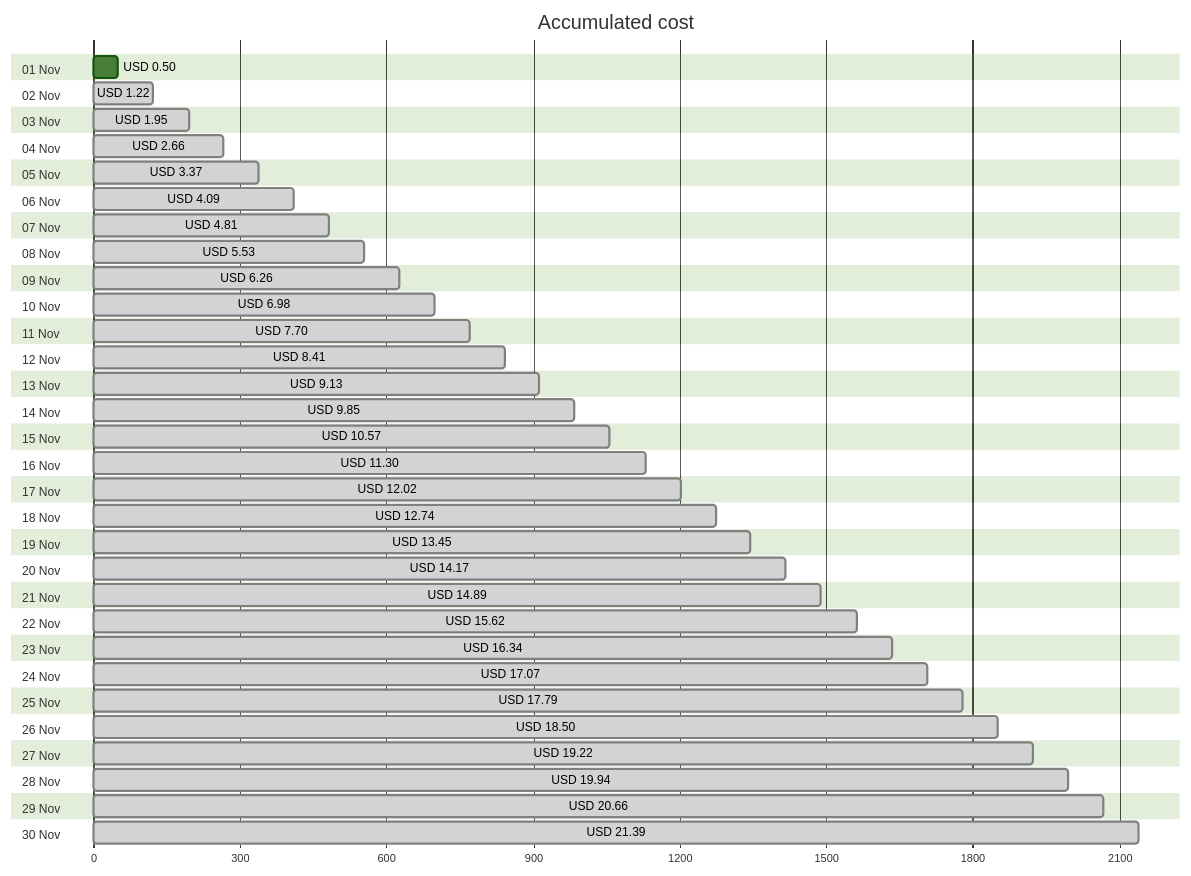
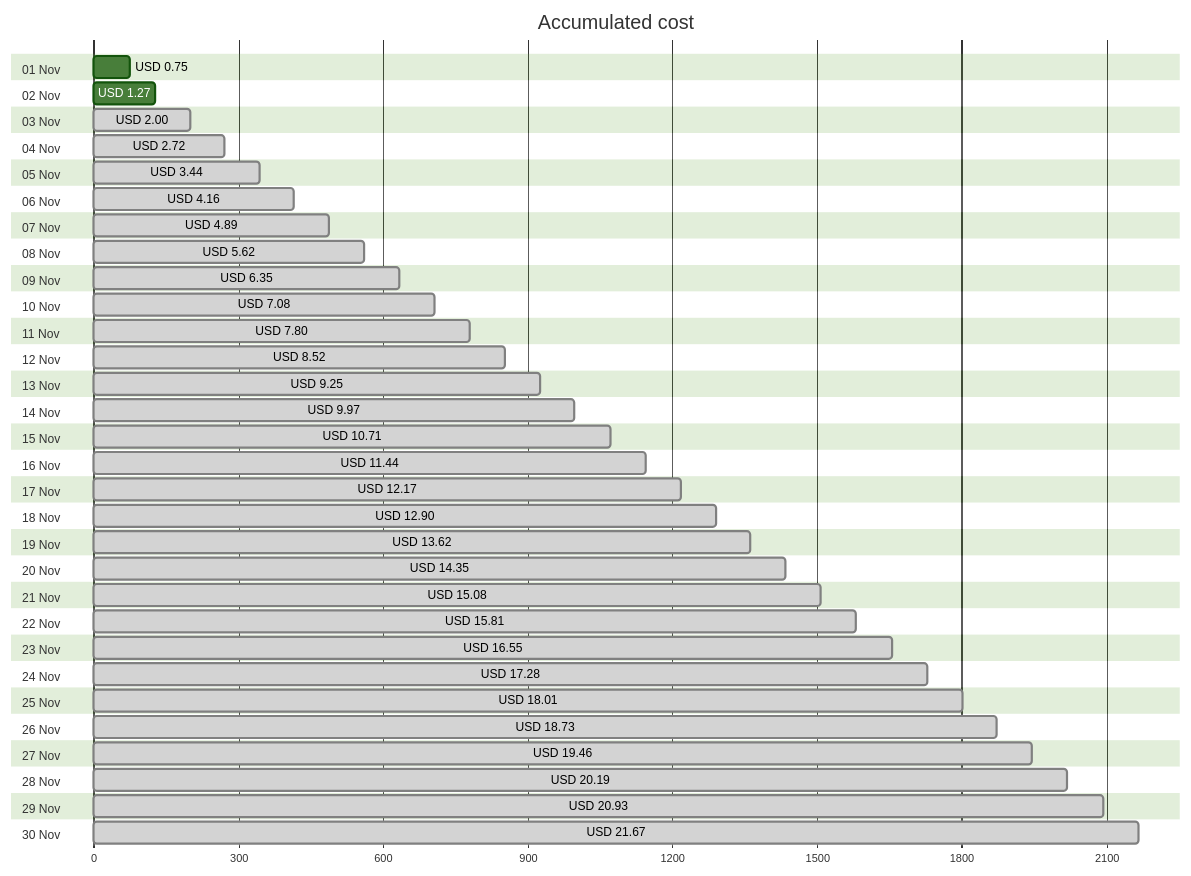
One commit to jpfulton/azure-personal-reports changed the first of 4 diagrams in cost-reports/personal-network/backup-server-data-disk.md. Above: the diagram before and after it, drawn with Mermaid (forest theme). The commit also changed other lines of this file and 8 other files, not shown here.

````diff
--- a/cost-reports/personal-network/backup-server-data-disk.md
+++ b/cost-reports/personal-network/backup-server-data-disk.md
@@ -20,66 +20,66 @@
 ```mermaid
 gantt
    title Accumulated cost
    dateFormat  X
    axisFormat %s
    section 01 Nov
-   USD 0.50 :0, 50
+   USD 0.75 :0, 75
    section 02 Nov
-   USD 1.22 : done, 0, 122
+   USD 1.27 :0, 127
    section 03 Nov
-   USD 1.95 : done, 0, 195
+   USD 2.00 : done, 0, 200
    section 04 Nov
-   USD 2.66 : done, 0, 266
+   USD 2.72 : done, 0, 272
    section 05 Nov
-   USD 3.37 : done, 0, 337
+   USD 3.44 : done, 0, 344
    section 06 Nov
-   USD 4.09 : done, 0, 409
+   USD 4.16 : done, 0, 416
    section 07 Nov
-   USD 4.81 : done, 0, 481
+   USD 4.89 : done, 0, 489
    section 08 Nov
-   USD 5.53 : done, 0, 553
+   USD 5.62 : done, 0, 562
    section 09 Nov
-   USD 6.26 : done, 0, 626
+   USD 6.35 : done, 0, 635
    section 10 Nov
-   USD 6.98 : done, 0, 698
+   USD 7.08 : done, 0, 708
    section 11 Nov
-   USD 7.70 : done, 0, 770
+   USD 7.80 : done, 0, 780
    section 12 Nov
-   USD 8.41 : done, 0, 841
+   USD 8.52 : done, 0, 852
    section 13 Nov
-   USD 9.13 : done, 0, 913
+   USD 9.25 : done, 0, 925
    section 14 Nov
-   USD 9.85 : done, 0, 985
+   USD 9.97 : done, 0, 997
    section 15 Nov
-   USD 10.57 : done, 0, 1057
+   USD 10.71 : done, 0, 1071
    section 16 Nov
-   USD 11.30 : done, 0, 1130
+   USD 11.44 : done, 0, 1144
    section 17 Nov
-   USD 12.02 : done, 0, 1202
+   USD 12.17 : done, 0, 1217
    section 18 Nov
-   USD 12.74 : done, 0, 1274
+   USD 12.90 : done, 0, 1290
    section 19 Nov
-   USD 13.45 : done, 0, 1345
+   USD 13.62 : done, 0, 1362
    section 20 Nov
-   USD 14.17 : done, 0, 1417
+   USD 14.35 : done, 0, 1435
    section 21 Nov
-   USD 14.89 : done, 0, 1489
+   USD 15.08 : done, 0, 1508
    section 22 Nov
-   USD 15.62 : done, 0, 1562
+   USD 15.81 : done, 0, 1581
    section 23 Nov
-   USD 16.34 : done, 0, 1634
+   USD 16.55 : done, 0, 1655
    section 24 Nov
-   USD 17.07 : done, 0, 1707
+   USD 17.28 : done, 0, 1728
    section 25 Nov
-   USD 17.79 : done, 0, 1779
+   USD 18.01 : done, 0, 1801
    section 26 Nov
-   USD 18.50 : done, 0, 1850
+   USD 18.73 : done, 0, 1873
    section 27 Nov
-   USD 19.22 : done, 0, 1922
+   USD 19.46 : done, 0, 1946
    section 28 Nov
-   USD 19.94 : done, 0, 1994
+   USD 20.19 : done, 0, 2019
    section 29 Nov
-   USD 20.66 : done, 0, 2066
+   USD 20.93 : done, 0, 2093
    section 30 Nov
-   USD 21.39 : done, 0, 2139
+   USD 21.67 : done, 0, 2167
 ```
````
